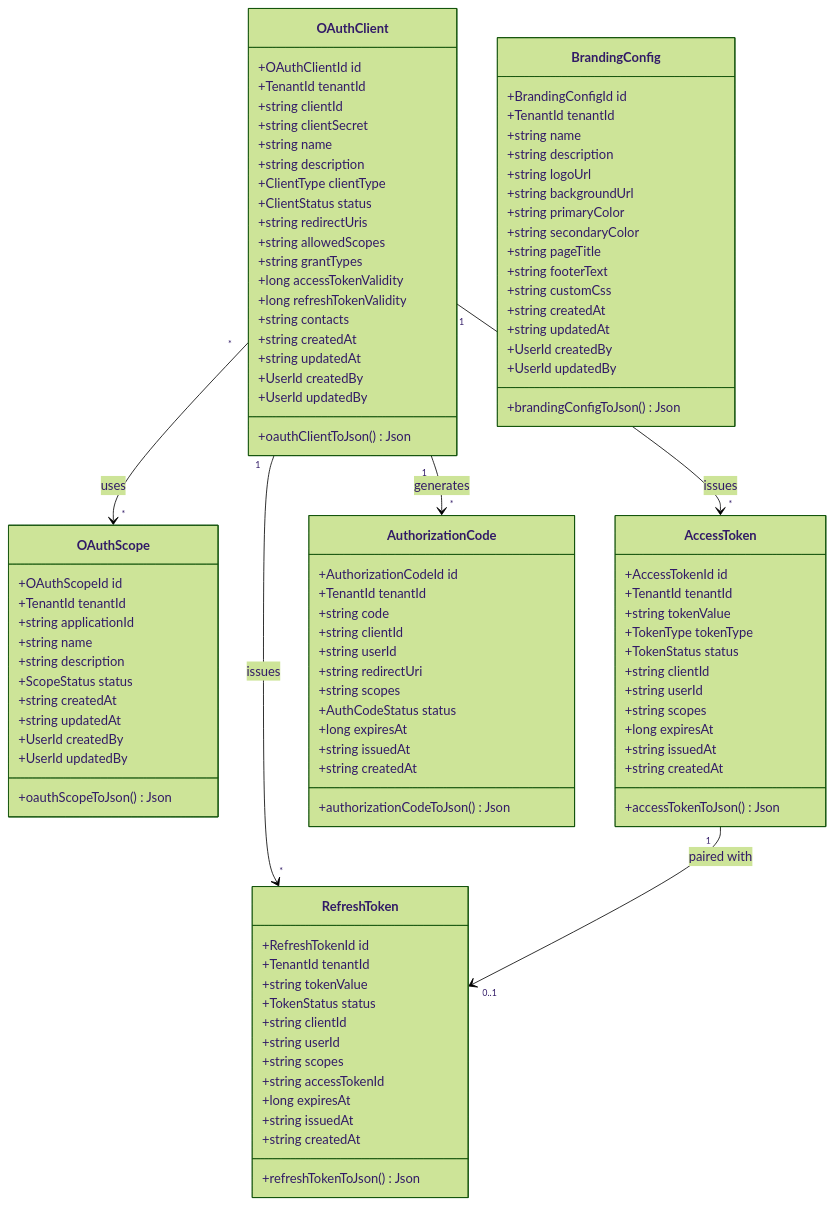
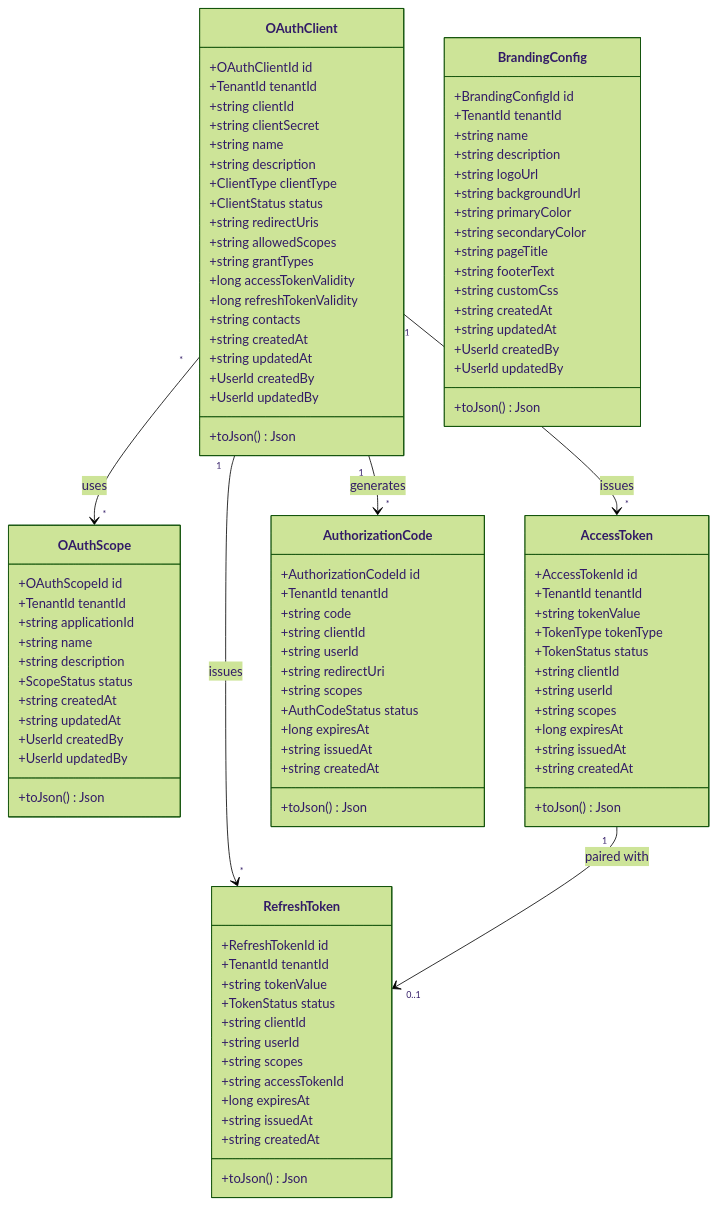
Before and after one commit to UIMSolutions/uim-platform: the first of 6 diagrams in oauth/UML.md, drawn with Mermaid (forest theme). The commit also changed 218 other files, not shown here.

```diff
--- a/oauth/UML.md
+++ b/oauth/UML.md
@@ -23,7 +23,7 @@
         +string updatedAt
         +UserId createdBy
         +UserId updatedBy
-        +oauthClientToJson() Json
+        +toJson() Json
     }
 
     class OAuthScope {
@@ -37,7 +37,7 @@
         +string updatedAt
         +UserId createdBy
         +UserId updatedBy
-        +oauthScopeToJson() Json
+        +toJson() Json
     }
 
     class AccessToken {
@@ -52,7 +52,7 @@
         +long expiresAt
         +string issuedAt
         +string createdAt
-        +accessTokenToJson() Json
+        +toJson() Json
     }
 
     class RefreshToken {
@@ -67,7 +67,7 @@
         +long expiresAt
         +string issuedAt
         +string createdAt
-        +refreshTokenToJson() Json
+        +toJson() Json
     }
 
     class AuthorizationCode {
@@ -82,7 +82,7 @@
         +long expiresAt
         +string issuedAt
         +string createdAt
-        +authorizationCodeToJson() Json
+        +toJson() Json
     }
 
     class BrandingConfig {
@@ -101,7 +101,7 @@
         +string updatedAt
         +UserId createdBy
         +UserId updatedBy
-        +brandingConfigToJson() Json
+        +toJson() Json
     }
 
     OAuthClient "1" --> "*" AccessToken : issues
```
